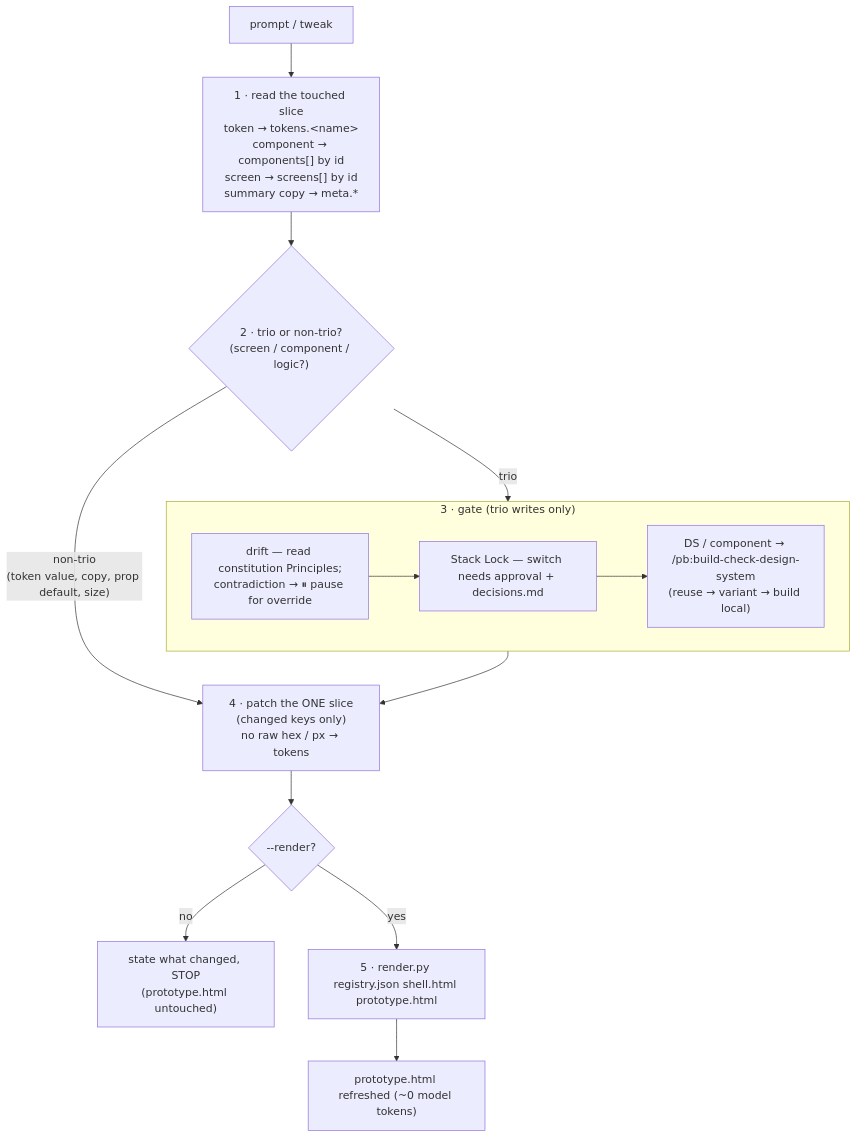
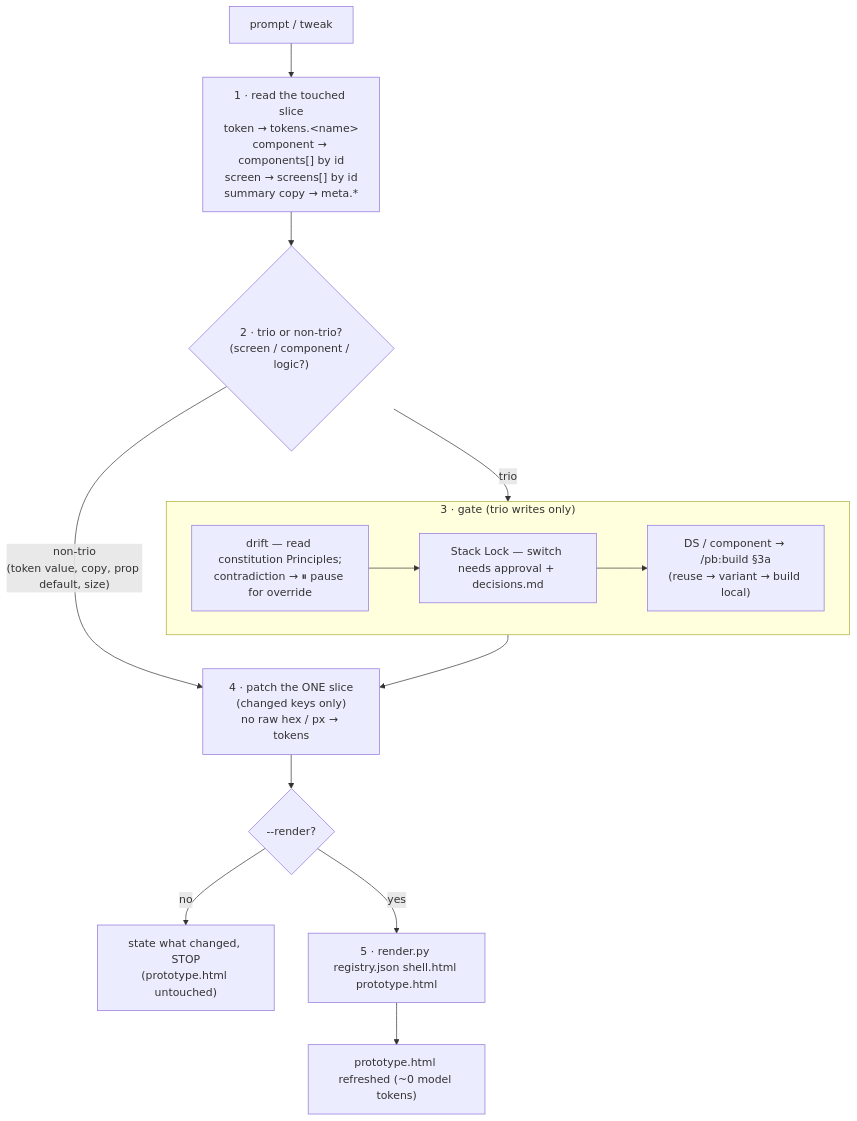
One commit to danhnbui/prototype-builder changed the first of 4 diagrams in docs/data-flow.md. Above: the diagram before and after it, drawn with Mermaid. The commit also changed other lines of this file and 22 other files, not shown here.

````diff
--- a/docs/data-flow.md
+++ b/docs/data-flow.md
@@ -23,20 +23,20 @@
 ```mermaid
 flowchart TD
   P["prompt / tweak"] --> R["1 · read the touched slice<br/>token → tokens.&lt;name&gt;<br/>component → components[] by id<br/>screen → screens[] by id<br/>summary copy → meta.*"]
   R --> C{"2 · trio or non-trio?<br/>(screen / component / logic?)"}
   C -- "non-trio<br/>(token value, copy, prop default, size)" --> PATCH
   C -- "trio" --> GATE
 
   subgraph GATE["3 · gate (trio writes only)"]
     G1["drift — read constitution Principles;<br/>contradiction → ⏸ pause for override"]
     G2["Stack Lock — switch needs approval + decisions.md"]
-    G3["DS / component → /pb:build-check-design-system<br/>(reuse → variant → build local)"]
+    G3["DS / component → /pb:build §3a<br/>(reuse → variant → build local)"]
     G1 --> G2 --> G3
   end
 
   GATE --> PATCH["4 · patch the ONE slice<br/>(changed keys only)<br/>no raw hex / px → tokens"]
   PATCH --> Q{"--render?"}
   Q -- "no" --> STOP["state what changed, STOP<br/>(prototype.html untouched)"]
   Q -- "yes" --> RENDER["5 · render.py registry.json shell.html prototype.html"]
   RENDER --> VIEW["prototype.html refreshed (~0 model tokens)"]
 ```
````
